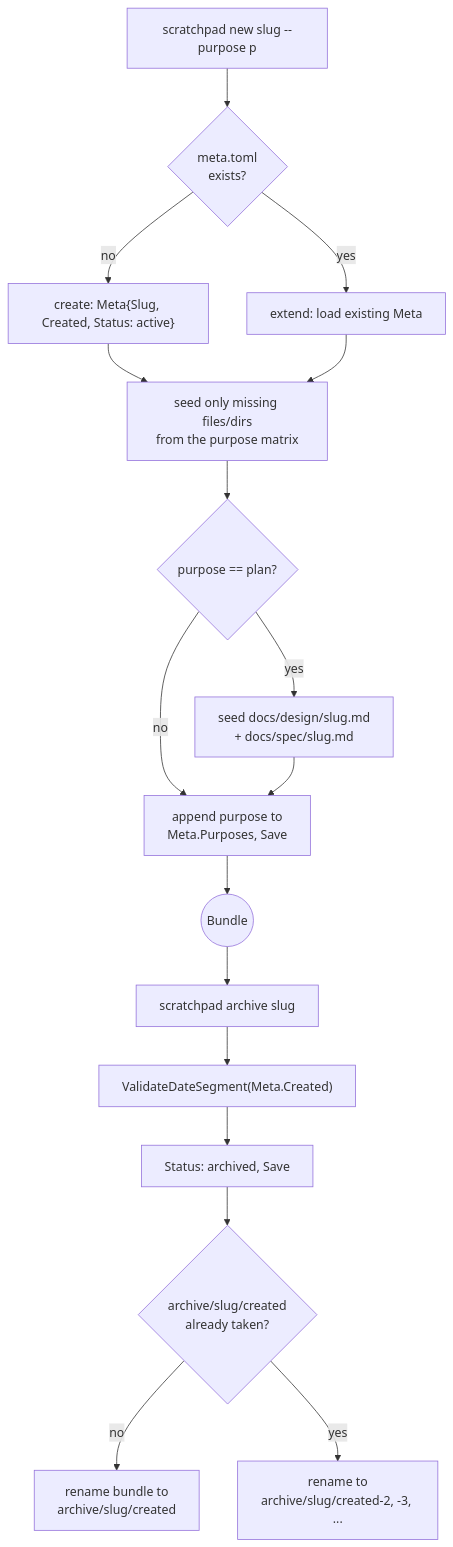
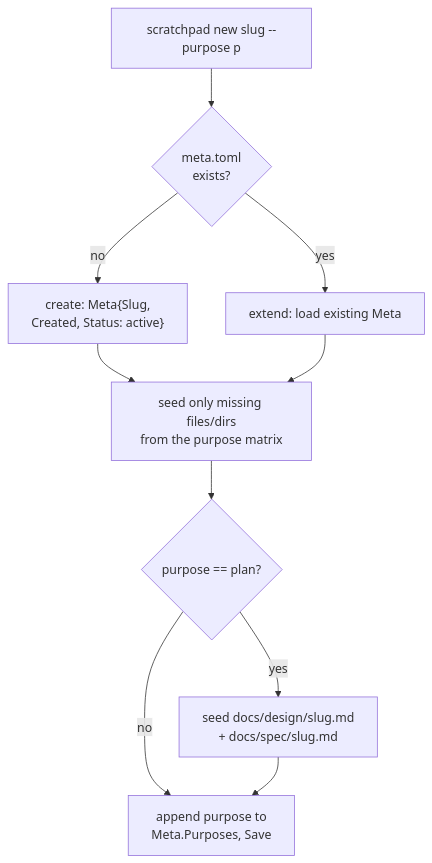
Before and after one commit to damusix/atomic-claude: the fifth of 13 diagrams in docs/wiki/config.md, drawn with Mermaid. The commit also changed other lines of this file and 11 other files, not shown here.

````diff
--- a/docs/wiki/config.md
+++ b/docs/wiki/config.md
@@ -122,19 +175,12 @@
 ```mermaid
 flowchart TD
     N["scratchpad new slug --purpose p"] --> L{"meta.toml<br/>exists?"}
-    L -->|no| CR["create: Meta{Slug, Created, Status: active}"]
+    L -->|no| CR["create: Meta{Slug,<br/>Created, Status: active}"]
     L -->|"yes"| EX["extend: load existing Meta"]
     CR --> SEED
     EX --> SEED["seed only missing files/dirs<br/>from the purpose matrix"]
     SEED --> PL{"purpose == plan?"}
     PL -->|yes| DOC["seed docs/design/slug.md<br/>+ docs/spec/slug.md"]
     PL -->|no| APP
     DOC --> APP["append purpose to<br/>Meta.Purposes, Save"]
-    APP --> B(("Bundle"))
-    B --> AR["scratchpad archive slug"]
-    AR --> VD["ValidateDateSegment(Meta.Created)"]
-    VD --> ST["Status: archived, Save"]
-    ST --> MV{"archive/slug/created<br/>already taken?"}
-    MV -->|no| MOVE["rename bundle to<br/>archive/slug/created"]
-    MV -->|yes| SUF["rename to<br/>archive/slug/created-2, -3, ..."]
 ```
````
